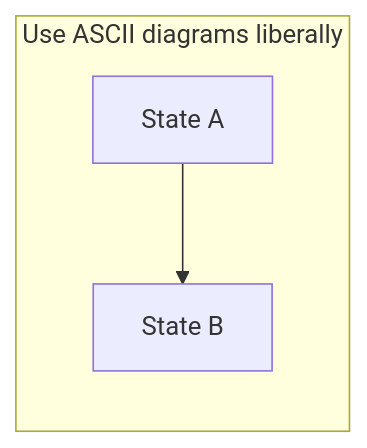
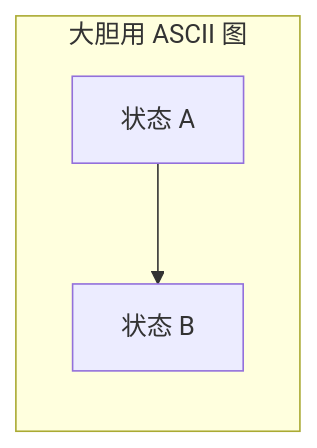
One commit to Kirky-X/specmark changed the first of 4 diagrams in references/explore.md. Above: the diagram before and after it, drawn with Mermaid. The commit also changed other lines of this file and 11 other files, not shown here.

````diff
--- a/references/explore.md
+++ b/references/explore.md
@@ -49,6 +49,6 @@
 ```mermaid
 flowchart LR
-  subgraph frame["Use ASCII diagrams liberally"]
-    A["State A"] --> B["State B"]
+  subgraph frame["大胆用 ASCII 图"]
+    A["状态 A"] --> B["状态 B"]
   end
 ```
````
